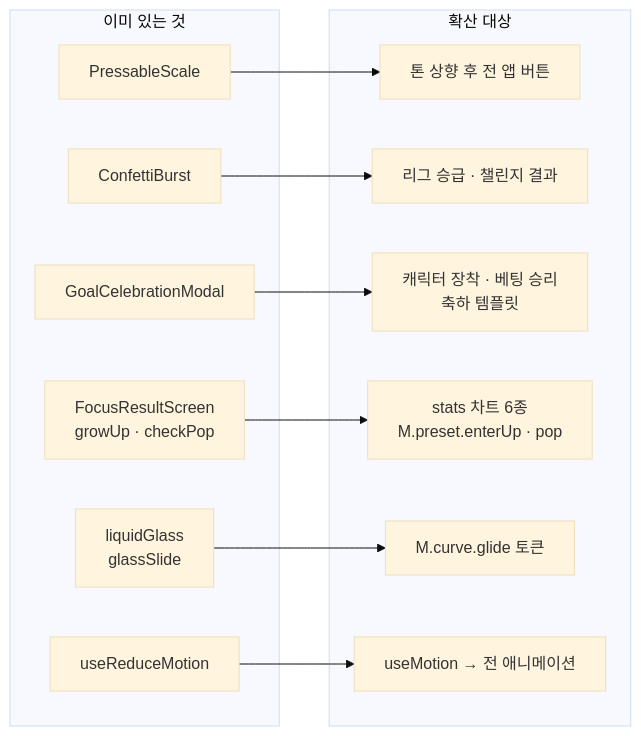
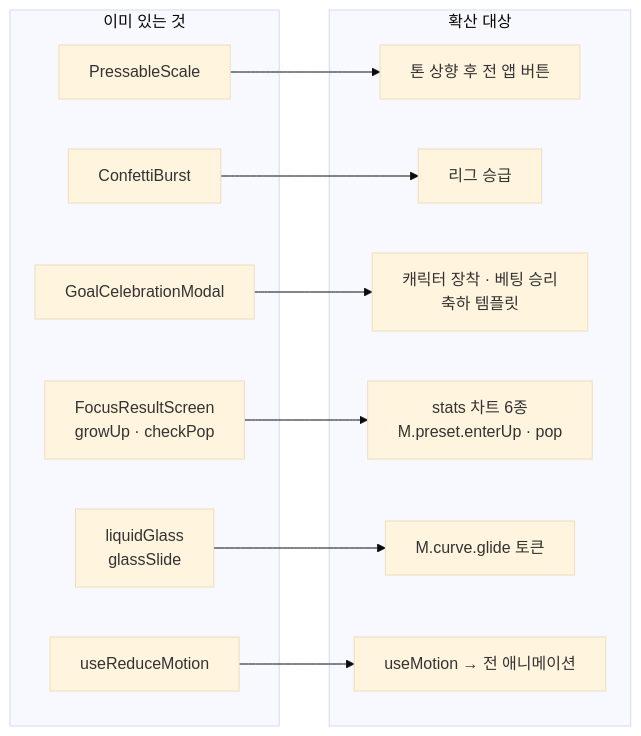
One commit to OneOrThree/phone changed the third of 4 diagrams in docs/prd/motion/high-level-design.md. Above: the diagram before and after it, drawn with Mermaid (base theme). The commit also changed other lines of this file and 3 other files, not shown here.

````diff
--- a/docs/prd/motion/high-level-design.md
+++ b/docs/prd/motion/high-level-design.md
@@ -98,25 +98,25 @@
 ```mermaid
 flowchart LR
     subgraph HAVE["이미 있는 것"]
         A1["PressableScale"]
         A2["ConfettiBurst"]
         A3["GoalCelebrationModal"]
         A4["FocusResultScreen<br/>growUp · checkPop"]
         A5["liquidGlass<br/>glassSlide"]
         A6["useReduceMotion"]
     end
     subgraph SPREAD["확산 대상"]
         B1["톤 상향 후 전 앱 버튼"]
-        B2["리그 승급 · 챌린지 결과"]
+        B2["리그 승급"]
         B3["캐릭터 장착 · 베팅 승리<br/>축하 템플릿"]
         B4["stats 차트 6종<br/>M.preset.enterUp · pop"]
         B5["M.curve.glide 토큰"]
         B6["useMotion → 전 애니메이션"]
     end
     A1 --> B1
     A2 --> B2
     A3 --> B3
     A4 --> B4
     A5 --> B5
     A6 --> B6
 ```
````
